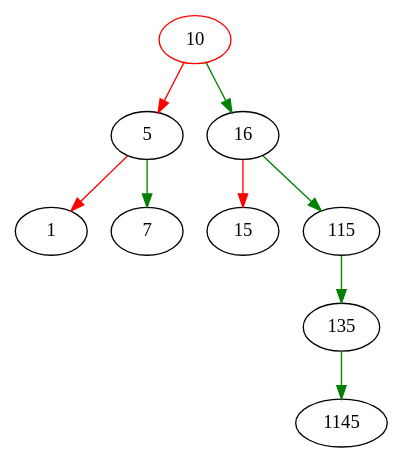
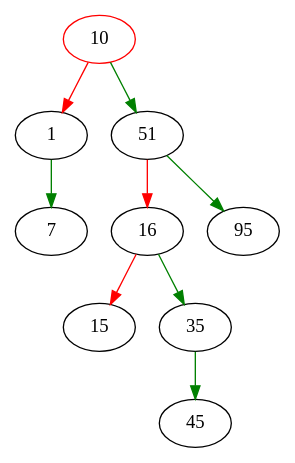
Before and after one commit to bsdshell/java: the diagram in bintree.gv, drawn with Graphviz. The commit also changed 33 other files, not shown here.

```diff
--- a/bintree.gv
+++ b/bintree.gv
@@ -1,11 +1,11 @@
 digraph G{
 10[color=red];
-10->5[color=red];
-5->1[color=red];
-5->7[color=green];
-10->16[color=green];
+10->1[color=red];
+1->7[color=green];
+10->51[color=green];
+51->16[color=red];
 16->15[color=red];
-16->115[color=green];
-115->135[color=green];
-135->1145[color=green];
+16->35[color=green];
+35->45[color=green];
+51->95[color=green];
 }
```
